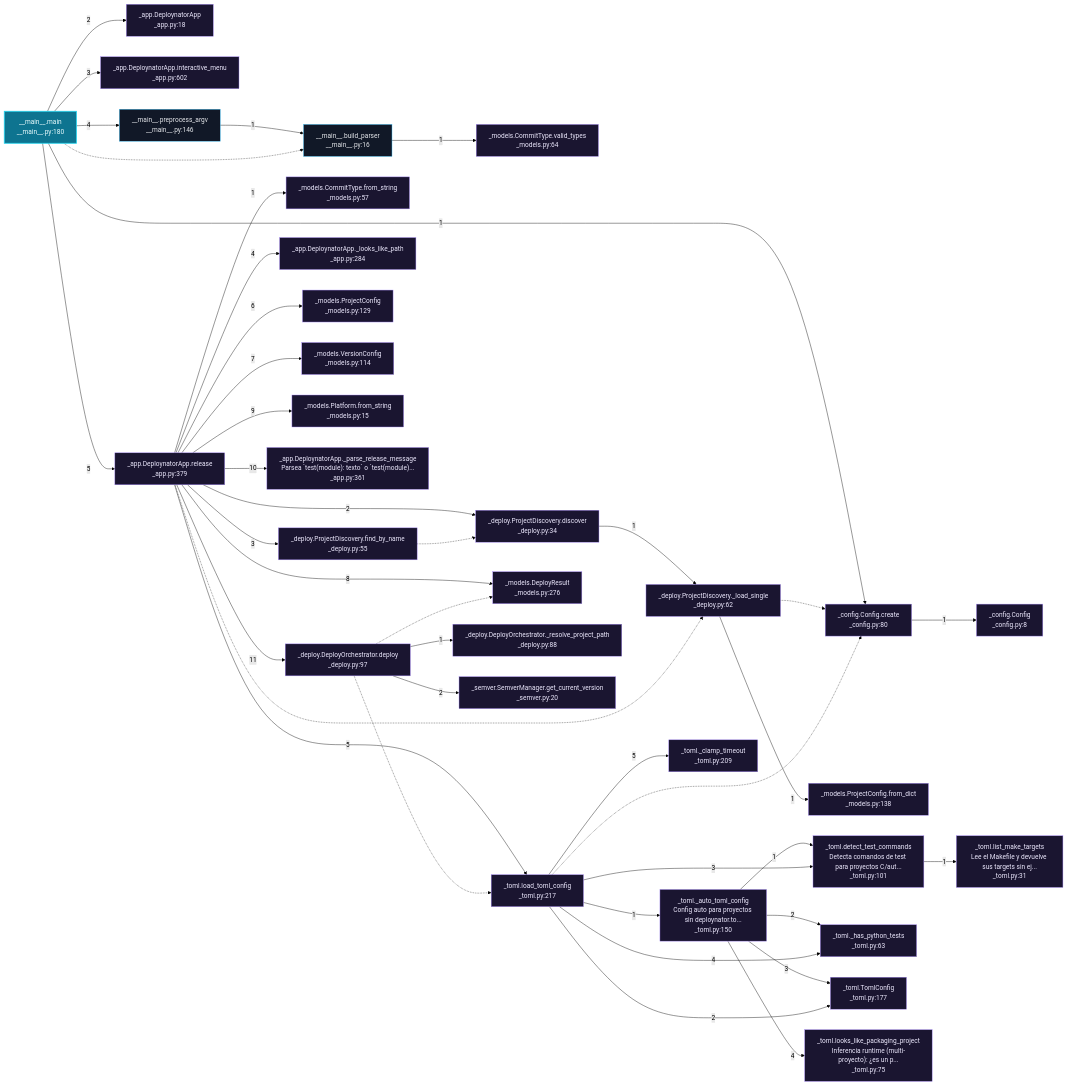
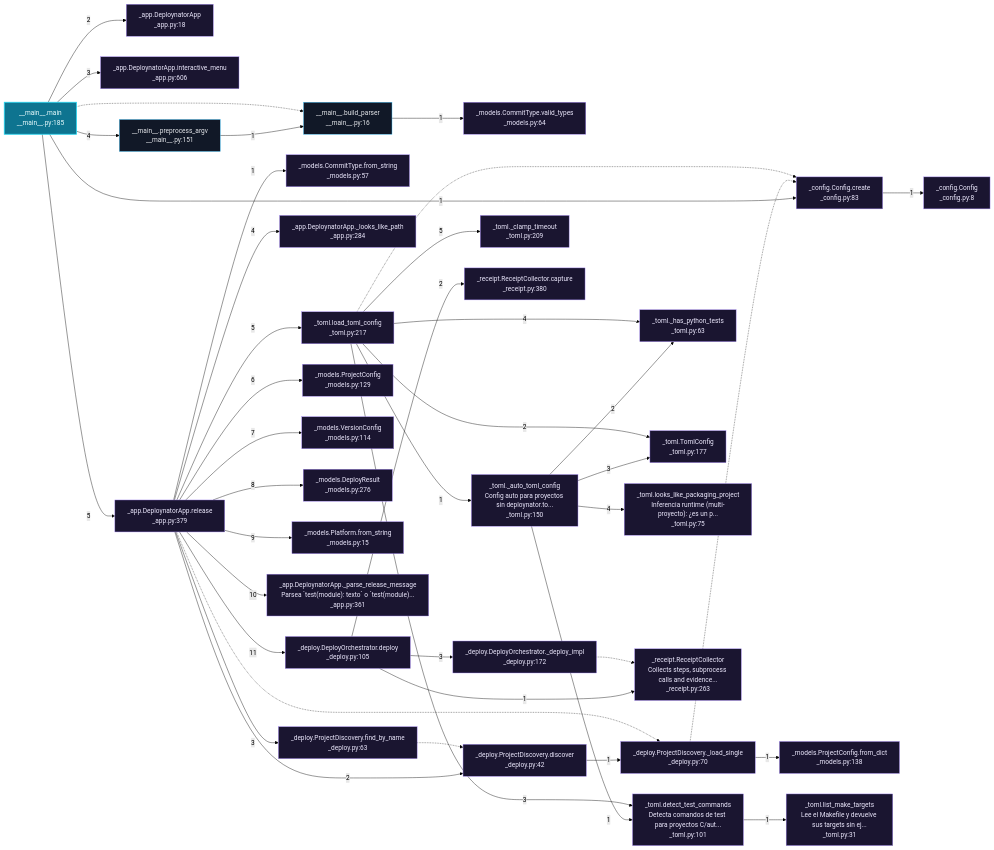
One commit to grisuno/deploynator changed the sixth of 9 diagrams in readmenator-apidocs/architecture.md. Above: the diagram before and after it, drawn with Mermaid (forest theme). The commit also changed other lines of this file and 137 other files, not shown here.

First line of the commit message:
feat(receipt): release receipts with evidence edges

````diff
--- a/readmenator-apidocs/architecture.md
+++ b/readmenator-apidocs/architecture.md
@@ -321,77 +321,78 @@
 ```mermaid
 flowchart LR
     classDef default fill:#111827,stroke:#38bdf8,color:#e5e7eb;
     classDef entry fill:#0e7490,stroke:#22d3ee,color:#ecfeff,stroke-width:2px;
     classDef external fill:#1a1530,stroke:#a78bfa,color:#ede9fe;
-    n_deploynator___main___py__main["__main__.main<br/>__main__.py:180"]:::entry
-    n_deploynator__config_py__create["_config.Config.create<br/>_config.py:80"]:::external
+    n_deploynator___main___py__main["__main__.main<br/>__main__.py:185"]:::entry
+    n_deploynator__config_py__create["_config.Config.create<br/>_config.py:83"]:::external
     n_deploynator__config_py__Config["_config.Config<br/>_config.py:8"]:::external
     n_deploynator__app_py__DeploynatorApp["_app.DeploynatorApp<br/>_app.py:18"]:::external
-    n_deploynator__app_py__interactive_menu["_app.DeploynatorApp.interactive_menu<br/>_app.py:602"]:::external
-    n_deploynator___main___py__preprocess_argv["__main__.preprocess_argv<br/>__main__.py:146"]:::default
+    n_deploynator__app_py__interactive_menu["_app.DeploynatorApp.interactive_menu<br/>_app.py:606"]:::external
+    n_deploynator___main___py__preprocess_argv["__main__.preprocess_argv<br/>__main__.py:151"]:::default
     n_deploynator___main___py__build_parser["__main__.build_parser<br/>__main__.py:16"]:::default
     n_deploynator__models_py__valid_types["_models.CommitType.valid_types<br/>_models.py:64"]:::external
     n_deploynator__app_py__release["_app.DeploynatorApp.release<br/>_app.py:379"]:::external
     n_deploynator__models_py__from_string_57["_models.CommitType.from_string<br/>_models.py:57"]:::external
-    n_deploynator__deploy_py__discover["_deploy.ProjectDiscovery.discover<br/>_deploy.py:34"]:::external
-    n_deploynator__deploy_py___load_single["_deploy.ProjectDiscovery._load_single<br/>_deploy.py:62"]:::external
+    n_deploynator__deploy_py__discover["_deploy.ProjectDiscovery.discover<br/>_deploy.py:42"]:::external
+    n_deploynator__deploy_py___load_single["_deploy.ProjectDiscovery._load_single<br/>_deploy.py:70"]:::external
     n_deploynator__models_py__from_dict_138["_models.ProjectConfig.from_dict<br/>_models.py:138"]:::external
-    n_deploynator__deploy_py__find_by_name["_deploy.ProjectDiscovery.find_by_name<br/>_deploy.py:55"]:::external
+    n_deploynator__deploy_py__find_by_name["_deploy.ProjectDiscovery.find_by_name<br/>_deploy.py:63"]:::external
     n_deploynator__app_py___looks_like_path["_app.DeploynatorApp._looks_like_path<br/>_app.py:284"]:::external
     n_deploynator__toml_py__load_toml_config["_toml.load_toml_config<br/>_toml.py:217"]:::external
     n_deploynator__toml_py___auto_toml_config["_toml._auto_toml_config<br/>Config auto para proyectos sin deploynator.to...<br/>_toml.py:150"]:::external
     n_deploynator__toml_py__detect_test_commands["_toml.detect_test_commands<br/>Detecta comandos de test para proyectos C/aut...<br/>_toml.py:101"]:::external
     n_deploynator__toml_py___has_python_tests["_toml._has_python_tests<br/>_toml.py:63"]:::external
     n_deploynator__toml_py__TomlConfig["_toml.TomlConfig<br/>_toml.py:177"]:::external
     n_deploynator__toml_py__looks_like_packaging_project["_toml.looks_like_packaging_project<br/>Inferencia runtime (multi-proyecto): ¿es un p...<br/>_toml.py:75"]:::external
     n_deploynator__toml_py__list_make_targets["_toml.list_make_targets<br/>Lee el Makefile y devuelve sus targets sin ej...<br/>_toml.py:31"]:::external
     n_deploynator__toml_py___clamp_timeout["_toml._clamp_timeout<br/>_toml.py:209"]:::external
     n_deploynator__models_py__ProjectConfig["_models.ProjectConfig<br/>_models.py:129"]:::external
     n_deploynator__models_py__VersionConfig["_models.VersionConfig<br/>_models.py:114"]:::external
     n_deploynator__models_py__DeployResult["_models.DeployResult<br/>_models.py:276"]:::external
     n_deploynator__models_py__from_string["_models.Platform.from_string<br/>_models.py:15"]:::external
     n_deploynator__app_py___parse_release_message["_app.DeploynatorApp._parse_release_message<br/>Parsea #96;test(module): texto#96; o #96;test(module)...<br/>_app.py:361"]:::external
-    n_deploynator__deploy_py__deploy["_deploy.DeployOrchestrator.deploy<br/>_deploy.py:97"]:::external
-    n_deploynator__deploy_py___resolve_project_path["_deploy.DeployOrchestrator._resolve_project_path<br/>_deploy.py:88"]:::external
-    n_deploynator__semver_py__get_current_version["_semver.SemverManager.get_current_version<br/>_semver.py:20"]:::external
+    n_deploynator__deploy_py__deploy["_deploy.DeployOrchestrator.deploy<br/>_deploy.py:105"]:::external
+    n_deploynator__receipt_py__ReceiptCollector["_receipt.ReceiptCollector<br/>Collects steps, subprocess calls and evidence...<br/>_receipt.py:263"]:::external
+    n_deploynator__receipt_py__capture["_receipt.ReceiptCollector.capture<br/>_receipt.py:380"]:::external
+    n_deploynator__deploy_py___deploy_impl["_deploy.DeployOrchestrator._deploy_impl<br/>_deploy.py:172"]:::external
     n_deploynator___main___py__main -->|"1"| n_deploynator__config_py__create
     n_deploynator__config_py__create -->|"1"| n_deploynator__config_py__Config
     n_deploynator___main___py__main -->|"2"| n_deploynator__app_py__DeploynatorApp
     n_deploynator___main___py__main -->|"3"| n_deploynator__app_py__interactive_menu
     n_deploynator___main___py__main -->|"4"| n_deploynator___main___py__preprocess_argv
     n_deploynator___main___py__preprocess_argv -->|"1"| n_deploynator___main___py__build_parser
     n_deploynator___main___py__build_parser -->|"1"| n_deploynator__models_py__valid_types
     n_deploynator___main___py__main -.-> n_deploynator___main___py__build_parser
     n_deploynator___main___py__main -->|"5"| n_deploynator__app_py__release
     n_deploynator__app_py__release -->|"1"| n_deploynator__models_py__from_string_57
     n_deploynator__app_py__release -->|"2"| n_deploynator__deploy_py__discover
     n_deploynator__deploy_py__discover -->|"1"| n_deploynator__deploy_py___load_single
     n_deploynator__deploy_py___load_single -.-> n_deploynator__config_py__create
     n_deploynator__deploy_py___load_single -->|"1"| n_deploynator__models_py__from_dict_138
     n_deploynator__app_py__release -->|"3"| n_deploynator__deploy_py__find_by_name
     n_deploynator__deploy_py__find_by_name -.-> n_deploynator__deploy_py__discover
     n_deploynator__app_py__release -->|"4"| n_deploynator__app_py___looks_like_path
     n_deploynator__app_py__release -->|"5"| n_deploynator__toml_py__load_toml_config
     n_deploynator__toml_py__load_toml_config -->|"1"| n_deploynator__toml_py___auto_toml_config
     n_deploynator__toml_py___auto_toml_config -->|"1"| n_deploynator__toml_py__detect_test_commands
     n_deploynator__toml_py___auto_toml_config -->|"2"| n_deploynator__toml_py___has_python_tests
     n_deploynator__toml_py___auto_toml_config -->|"3"| n_deploynator__toml_py__TomlConfig
     n_deploynator__toml_py___auto_toml_config -->|"4"| n_deploynator__toml_py__looks_like_packaging_project
     n_deploynator__toml_py__load_toml_config -->|"2"| n_deploynator__toml_py__TomlConfig
     n_deploynator__toml_py__load_toml_config -.-> n_deploynator__config_py__create
     n_deploynator__toml_py__load_toml_config -->|"3"| n_deploynator__toml_py__detect_test_commands
     n_deploynator__toml_py__detect_test_commands -->|"1"| n_deploynator__toml_py__list_make_targets
     n_deploynator__toml_py__load_toml_config -->|"4"| n_deploynator__toml_py___has_python_tests
     n_deploynator__toml_py__load_toml_config -->|"5"| n_deploynator__toml_py___clamp_timeout
     n_deploynator__app_py__release -->|"6"| n_deploynator__models_py__ProjectConfig
     n_deploynator__app_py__release -->|"7"| n_deploynator__models_py__VersionConfig
     n_deploynator__app_py__release -.-> n_deploynator__deploy_py___load_single
     n_deploynator__app_py__release -->|"8"| n_deploynator__models_py__DeployResult
     n_deploynator__app_py__release -->|"9"| n_deploynator__models_py__from_string
     n_deploynator__app_py__release -->|"10"| n_deploynator__app_py___parse_release_message
     n_deploynator__app_py__release -->|"11"| n_deploynator__deploy_py__deploy
-    n_deploynator__deploy_py__deploy -->|"1"| n_deploynator__deploy_py___resolve_project_path
-    n_deploynator__deploy_py__deploy -.-> n_deploynator__models_py__DeployResult
-    n_deploynator__deploy_py__deploy -.-> n_deploynator__toml_py__load_toml_config
-    n_deploynator__deploy_py__deploy -->|"2"| n_deploynator__semver_py__get_current_version
+    n_deploynator__deploy_py__deploy -->|"1"| n_deploynator__receipt_py__ReceiptCollector
+    n_deploynator__deploy_py__deploy -->|"2"| n_deploynator__receipt_py__capture
+    n_deploynator__deploy_py__deploy -->|"3"| n_deploynator__deploy_py___deploy_impl
+    n_deploynator__deploy_py___deploy_impl -.-> n_deploynator__receipt_py__ReceiptCollector
 ```
````
